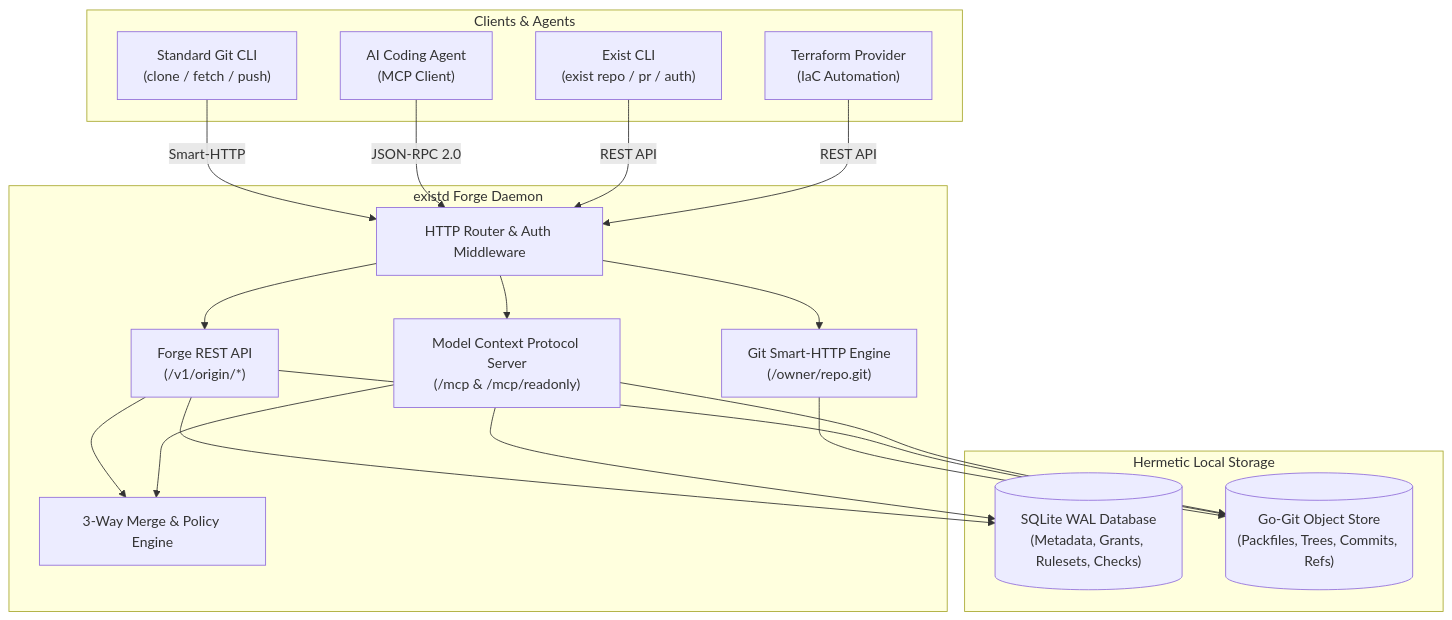
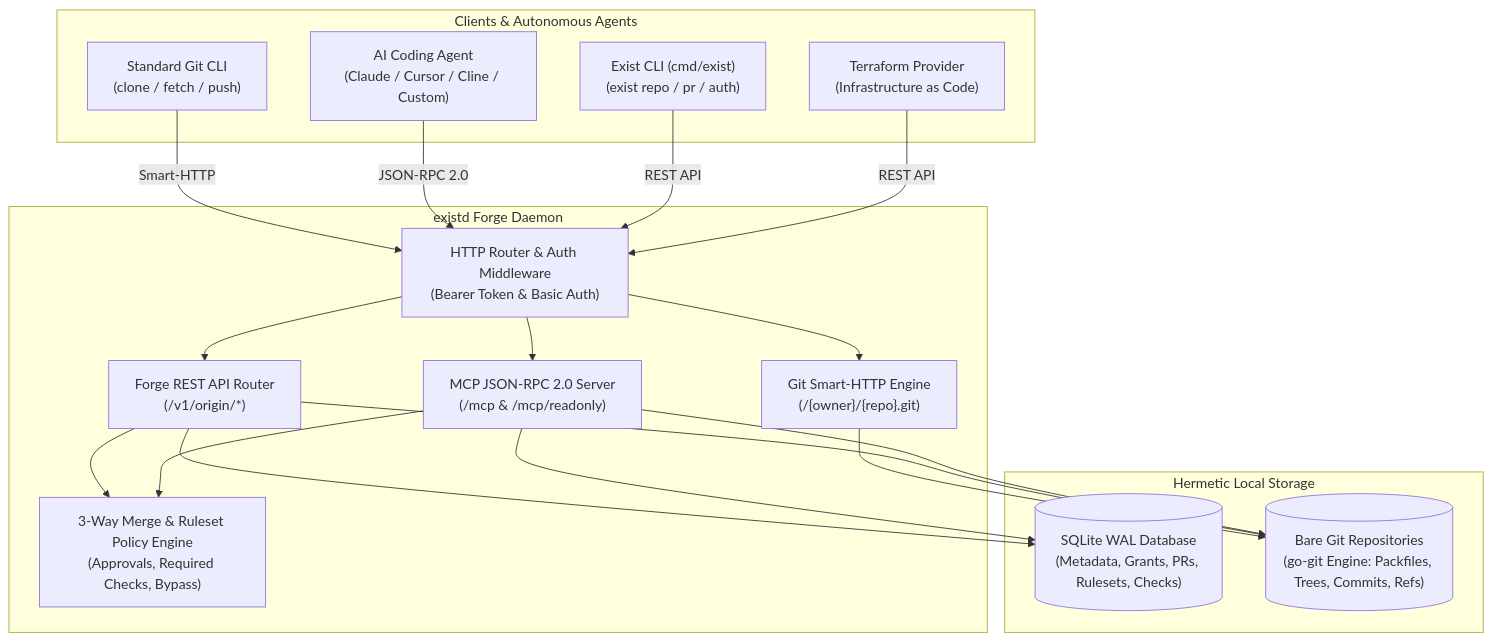
Before and after one commit to RavaniRoshan/exist.io: the diagram in README.md, drawn with Mermaid. The commit also changed other lines of this file and 14 other files, not shown here.

Commit message:
feat: enhance Go documentation, beautify README with animated logo, and add product ROADMAP

````diff
--- a/README.md
+++ b/README.md
@@ -42,39 +71,40 @@
 ```mermaid
 flowchart TD
-    subgraph Clients["Clients & Agents"]
+    subgraph Clients["Clients & Autonomous Agents"]
         GitCli["Standard Git CLI<br/>(clone / fetch / push)"]
-        Agent["AI Coding Agent<br/>(MCP Client)"]
-        DevCli["Exist CLI<br/>(exist repo / pr / auth)"]
-        TF["Terraform Provider<br/>(IaC Automation)"]
+        Agent["AI Coding Agent<br/>(Claude / Cursor / Cline / Custom)"]
+        DevCli["Exist CLI (cmd/exist)<br/>(exist repo / pr / auth)"]
+        IaC["Terraform Provider<br/>(Infrastructure as Code)"]
     end
 
-    subgraph existd["existd Forge Daemon"]
-        HTTP["HTTP Router & Auth Middleware"]
-        GitHTTP["Git Smart-HTTP Engine<br/>(/owner/repo.git)"]
-        MCPEngine["Model Context Protocol Server<br/>(/mcp & /mcp/readonly)"]
-        REST["Forge REST API<br/>(/v1/origin/*)"]
-        MergeEngine["3-Way Merge & Policy Engine"]
+    subgraph Daemon["existd Forge Daemon"]
+        Gateway["HTTP Router & Auth Middleware<br/>(Bearer Token & Basic Auth)"]
+        SmartHTTP["Git Smart-HTTP Engine<br/>(/{owner}/{repo}.git)"]
+        MCPServer["MCP JSON-RPC 2.0 Server<br/>(/mcp & /mcp/readonly)"]
+        REST["Forge REST API Router<br/>(/v1/origin/*)"]
+        PolicyEngine["3-Way Merge & Ruleset Policy Engine<br/>(Approvals, Required Checks, Bypass)"]
     end
 
     subgraph Storage["Hermetic Local Storage"]
-        SQLite[("SQLite WAL Database<br/>(Metadata, Grants, Rulesets, Checks)")]
-        GitStore[("Go-Git Object Store<br/>(Packfiles, Trees, Commits, Refs)")]
+        MetaDB[("SQLite WAL Database<br/>(Metadata, Grants, PRs, Rulesets, Checks)")]
+        GitRepo[("Bare Git Repositories<br/>(go-git Engine: Packfiles, Trees, Commits, Refs)")]
     end
 
-    GitCli -->|Smart-HTTP| HTTP
-    Agent -->|JSON-RPC 2.0| HTTP
-    DevCli -->|REST API| HTTP
-    TF -->|REST API| HTTP
+    GitCli -->|Smart-HTTP| Gateway
+    Agent -->|JSON-RPC 2.0| Gateway
+    DevCli -->|REST API| Gateway
+    IaC -->|REST API| Gateway
 
-    HTTP --> GitHTTP
-    HTTP --> MCPEngine
-    HTTP --> REST
+    Gateway --> SmartHTTP
+    Gateway --> MCPServer
+    Gateway --> REST
 
-    REST --> MergeEngine
-    MCPEngine --> MergeEngine
-    GitHTTP --> GitStore
-    REST --> GitStore
-    REST --> SQLite
-    MCPEngine --> GitStore
-    MCPEngine --> SQLite
+    REST --> PolicyEngine
+    MCPServer --> PolicyEngine
+
+    SmartHTTP --> GitRepo
+    REST --> GitRepo
+    REST --> MetaDB
+    MCPServer --> GitRepo
+    MCPServer --> MetaDB
 ```
````
